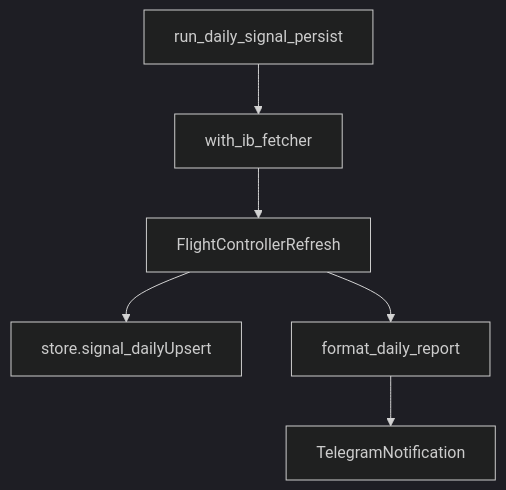
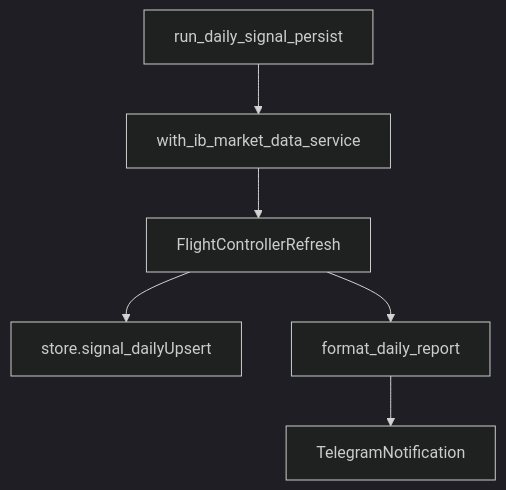
The third of 4 diagrams in docs/spec/ARCHITECTURE.md (hiroxxxxxxxxxx/Sputnik), drawn with Mermaid (dark theme) before and after one commit. The commit also changed other lines of this file and 40 other files, not shown here.

````diff
--- a/docs/spec/ARCHITECTURE.md
+++ b/docs/spec/ARCHITECTURE.md
@@ -209,8 +232,8 @@
 ```mermaid
 flowchart TD
-  batchStart[run_daily_signal_persist] --> withIb[with_ib_fetcher]
+  batchStart[run_daily_signal_persist] --> withIb[with_ib_market_data_service]
   withIb --> fcRefresh[FlightControllerRefresh]
   fcRefresh --> storeWrite[store.signal_dailyUpsert]
   fcRefresh --> dailyFmt[format_daily_report]
   dailyFmt --> batchNotify[TelegramNotification]
 ```
````
